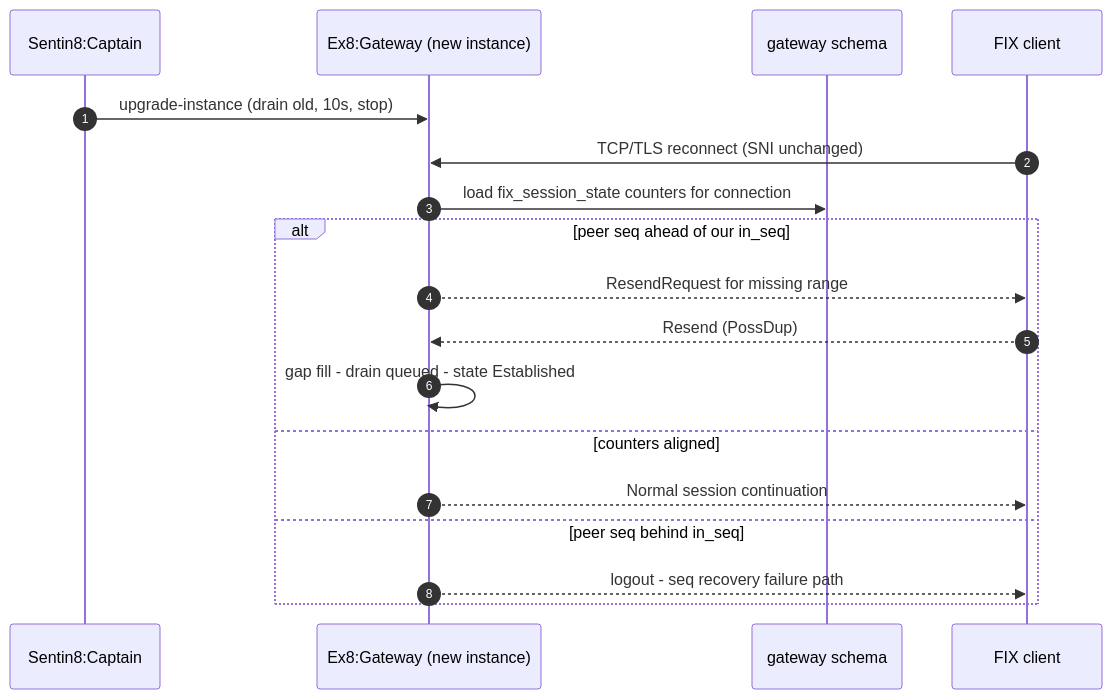
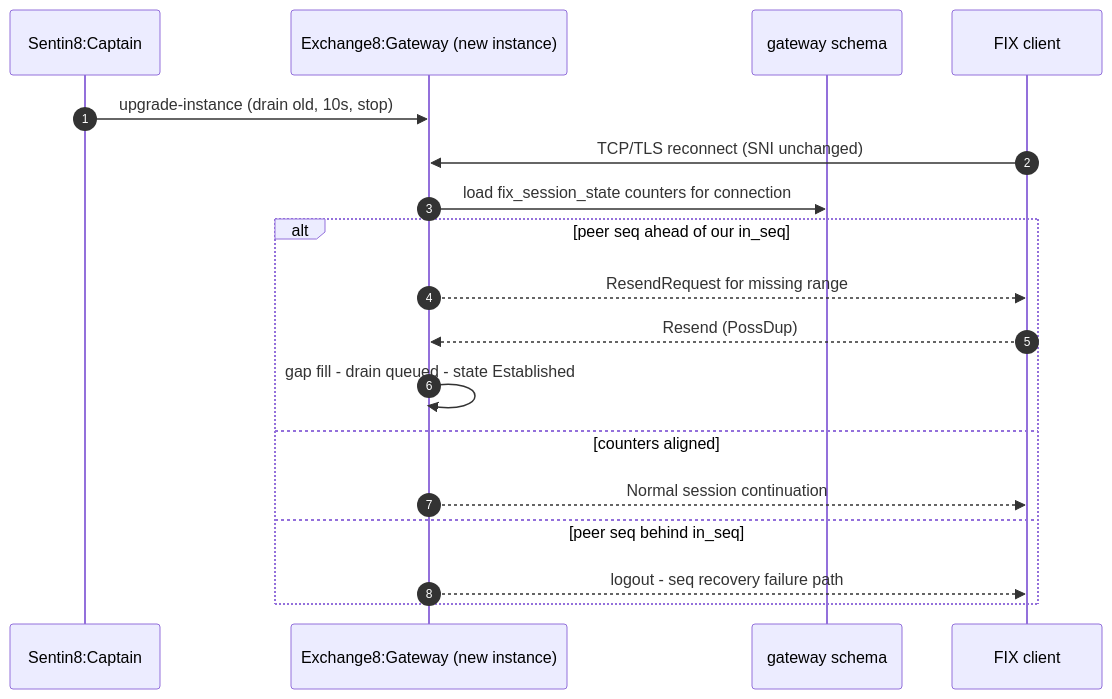
One commit to Exchange8-dev/exchange8-gateway changed diagram 12 of 14 in DESIGN.md. Above: the diagram before and after it, drawn with Mermaid. The commit also changed other lines of this file and 14 other files, not shown here.

````diff
--- a/DESIGN.md
+++ b/DESIGN.md
@@ -661,21 +661,21 @@
 ```mermaid
 sequenceDiagram
     autonumber
     participant CO as Sentin8:Captain
-    participant GW as Ex8:Gateway (new instance)
+    participant GW as Exchange8:Gateway (new instance)
     participant DB as gateway schema
     participant C as FIX client
 
     CO->>GW: upgrade-instance (drain old, 10s, stop)
     C->>GW: TCP/TLS reconnect (SNI unchanged)
     GW->>DB: load fix_session_state counters for connection
     alt peer seq ahead of our in_seq
         GW-->>C: ResendRequest for missing range
         C-->>GW: Resend (PossDup)
         GW->>GW: gap fill - drain queued - state Established
     else counters aligned
         GW-->>C: Normal session continuation
     else peer seq behind in_seq
         GW-->>C: logout - seq recovery failure path
     end
 ```
````
